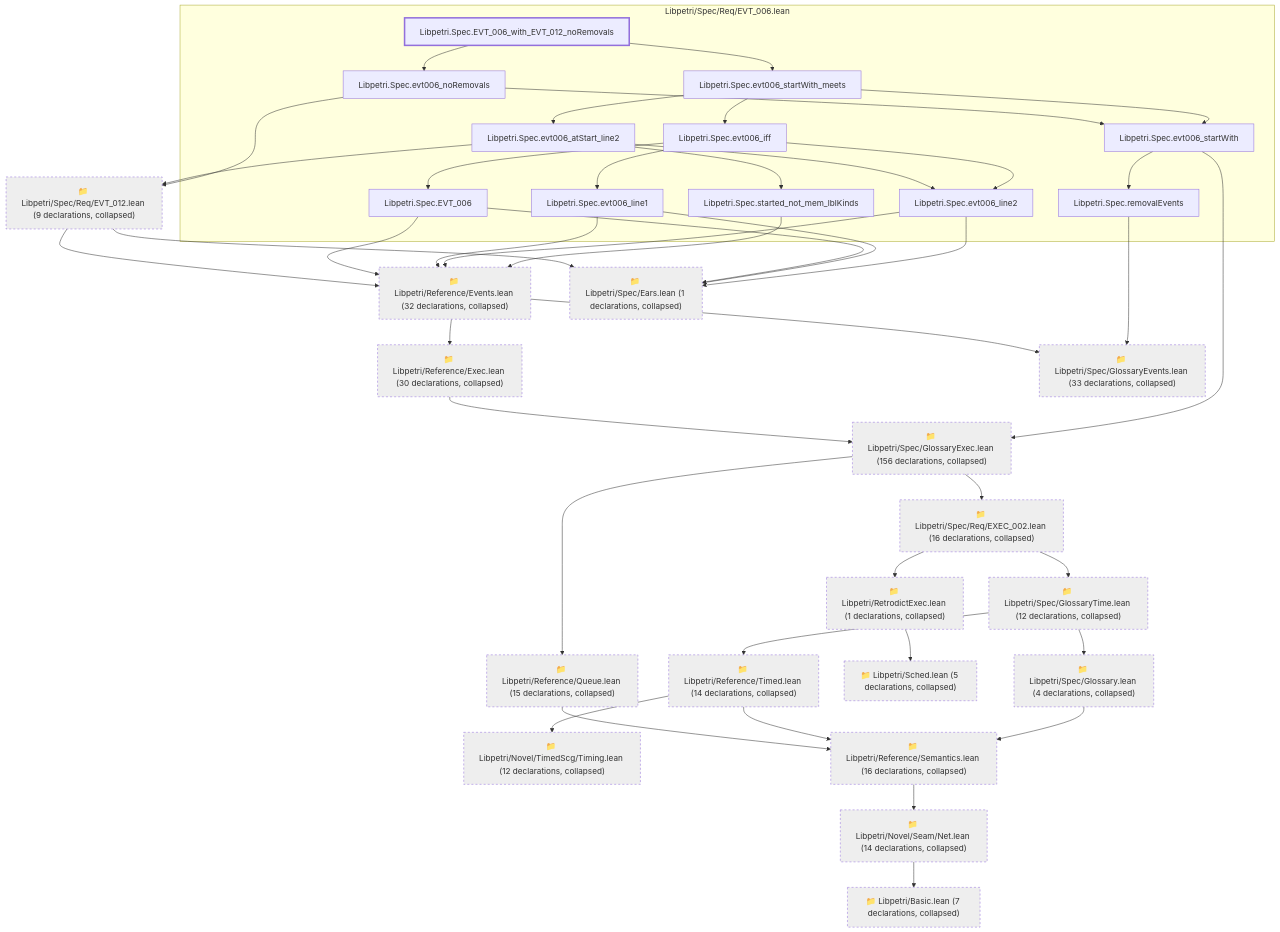
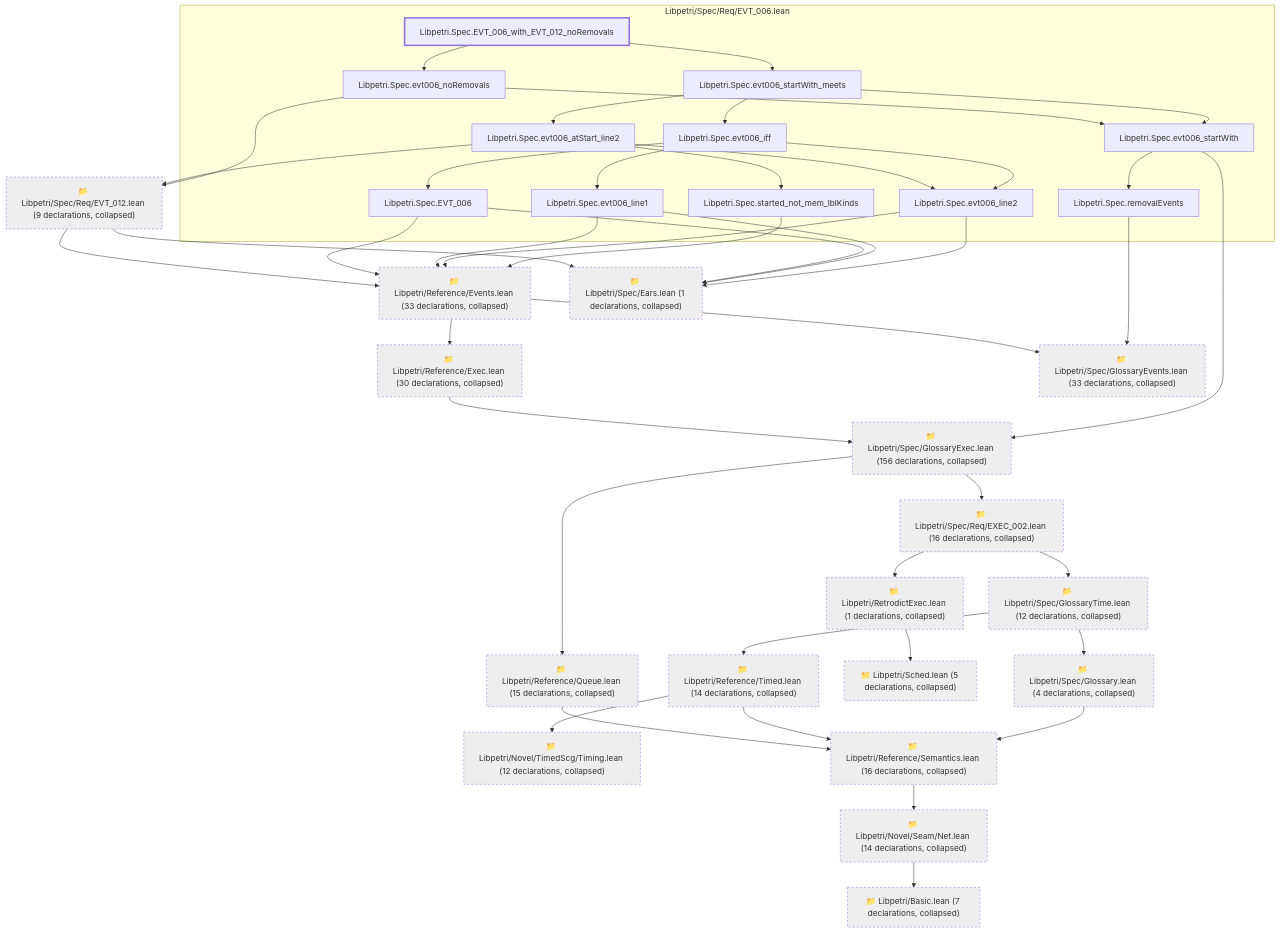
One commit to debe/libpetri changed the first of 2 diagrams in lean/graph/requirements/EVT-006.md. Above: the diagram before and after it, drawn with Mermaid. The commit also changed other lines of this file and 393 other files, not shown here.

First line of the commit message:
feat(spec): AI sign-off of every Lean requirement block; defect ledger closed

````diff
--- a/lean/graph/requirements/EVT-006.md
+++ b/lean/graph/requirements/EVT-006.md
@@ -16,79 +16,79 @@
 ```mermaid
 flowchart TD
   subgraph g0["Libpetri/Spec/Req/EVT_006.lean"]
-    n6320["Libpetri.Spec.EVT_006"]
-    n6336["Libpetri.Spec.EVT_006_with_EVT_012_noRemovals"]
-    n14845["Libpetri.Spec.evt006_atStart_line2"]
-    n14849["Libpetri.Spec.evt006_iff"]
-    n14853["Libpetri.Spec.evt006_line1"]
-    n14856["Libpetri.Spec.evt006_line2"]
-    n14867["Libpetri.Spec.evt006_noRemovals"]
-    n14876["Libpetri.Spec.evt006_startWith"]
-    n14878["Libpetri.Spec.evt006_startWith_meets"]
-    n20030["Libpetri.Spec.removalEvents"]
-    n20216["Libpetri.Spec.started_not_mem_lblKinds"]
+    n6353["Libpetri.Spec.EVT_006"]
+    n6371["Libpetri.Spec.EVT_006_with_EVT_012_noRemovals"]
+    n15067["Libpetri.Spec.evt006_atStart_line2"]
+    n15071["Libpetri.Spec.evt006_iff"]
+    n15077["Libpetri.Spec.evt006_line1"]
+    n15080["Libpetri.Spec.evt006_line2"]
+    n15091["Libpetri.Spec.evt006_noRemovals"]
+    n15100["Libpetri.Spec.evt006_startWith"]
+    n15102["Libpetri.Spec.evt006_startWith_meets"]
+    n20402["Libpetri.Spec.removalEvents"]
+    n20589["Libpetri.Spec.started_not_mem_lblKinds"]
   end
   c0["📁 Libpetri/Basic.lean (7 declarations, collapsed)"]
   c54["📁 Libpetri/Novel/Seam/Net.lean (14 declarations, collapsed)"]
   c66["📁 Libpetri/Novel/TimedScg/Timing.lean (12 declarations, collapsed)"]
-  c78["📁 Libpetri/Reference/Events.lean (32 declarations, collapsed)"]
+  c78["📁 Libpetri/Reference/Events.lean (33 declarations, collapsed)"]
   c80["📁 Libpetri/Reference/Exec.lean (30 declarations, collapsed)"]
   c91["📁 Libpetri/Reference/Queue.lean (15 declarations, collapsed)"]
   c94["📁 Libpetri/Reference/Semantics.lean (16 declarations, collapsed)"]
   c98["📁 Libpetri/Reference/Timed.lean (14 declarations, collapsed)"]
   c103["📁 Libpetri/RetrodictExec.lean (1 declarations, collapsed)"]
   c109["📁 Libpetri/Sched.lean (5 declarations, collapsed)"]
   c131["📁 Libpetri/Spec/Ears.lean (1 declarations, collapsed)"]
   c132["📁 Libpetri/Spec/Glossary.lean (4 declarations, collapsed)"]
   c138["📁 Libpetri/Spec/GlossaryEvents.lean (33 declarations, collapsed)"]
   c139["📁 Libpetri/Spec/GlossaryExec.lean (156 declarations, collapsed)"]
   c146["📁 Libpetri/Spec/GlossaryTime.lean (12 declarations, collapsed)"]
   c218["📁 Libpetri/Spec/Req/EVT_012.lean (9 declarations, collapsed)"]
   c232["📁 Libpetri/Spec/Req/EXEC_002.lean (16 declarations, collapsed)"]
   c54 --> c0
   c78 --> c80
   c78 --> c138
   c80 --> c139
   c91 --> c94
   c94 --> c54
   c98 --> c66
   c98 --> c94
   c103 --> c109
   c132 --> c94
   c139 --> c91
   c139 --> c232
   c146 --> c98
   c146 --> c132
   c218 --> c78
   c218 --> c131
   c232 --> c103
   c232 --> c146
-  n6320 --> c78
-  n6320 --> c131
-  n6336 --> n14867
-  n6336 --> n14878
-  n14845 --> c218
-  n14845 --> n14856
-  n14845 --> n20216
-  n14849 --> n6320
-  n14849 --> n14853
-  n14849 --> n14856
-  n14853 --> c78
-  n14853 --> c131
-  n14856 --> c78
-  n14856 --> c131
-  n14867 --> c218
-  n14867 --> n14876
-  n14876 --> c139
-  n14876 --> n20030
-  n14878 --> n14845
-  n14878 --> n14849
-  n14878 --> n14876
-  n20030 --> c138
-  n20216 --> c78
+  n6353 --> c78
+  n6353 --> c131
+  n6371 --> n15091
+  n6371 --> n15102
+  n15067 --> c218
+  n15067 --> n15080
+  n15067 --> n20589
+  n15071 --> n6353
+  n15071 --> n15077
+  n15071 --> n15080
+  n15077 --> c78
+  n15077 --> c131
+  n15080 --> c78
+  n15080 --> c131
+  n15091 --> c218
+  n15091 --> n15100
+  n15100 --> c139
+  n15100 --> n20402
+  n15102 --> n15067
+  n15102 --> n15071
+  n15102 --> n15100
+  n20402 --> c138
+  n20589 --> c78
   classDef root stroke-width:3px
   classDef locked fill:#fff3cd,stroke:#b8860b
   classDef collapsed fill:#eeeeee,stroke-dasharray:4 4
-  class n6336 root
+  class n6371 root
   class c0,c54,c66,c78,c80,c91,c94,c98,c103,c109,c131,c132,c138,c139,c146,c218,c232 collapsed
 ```
````
